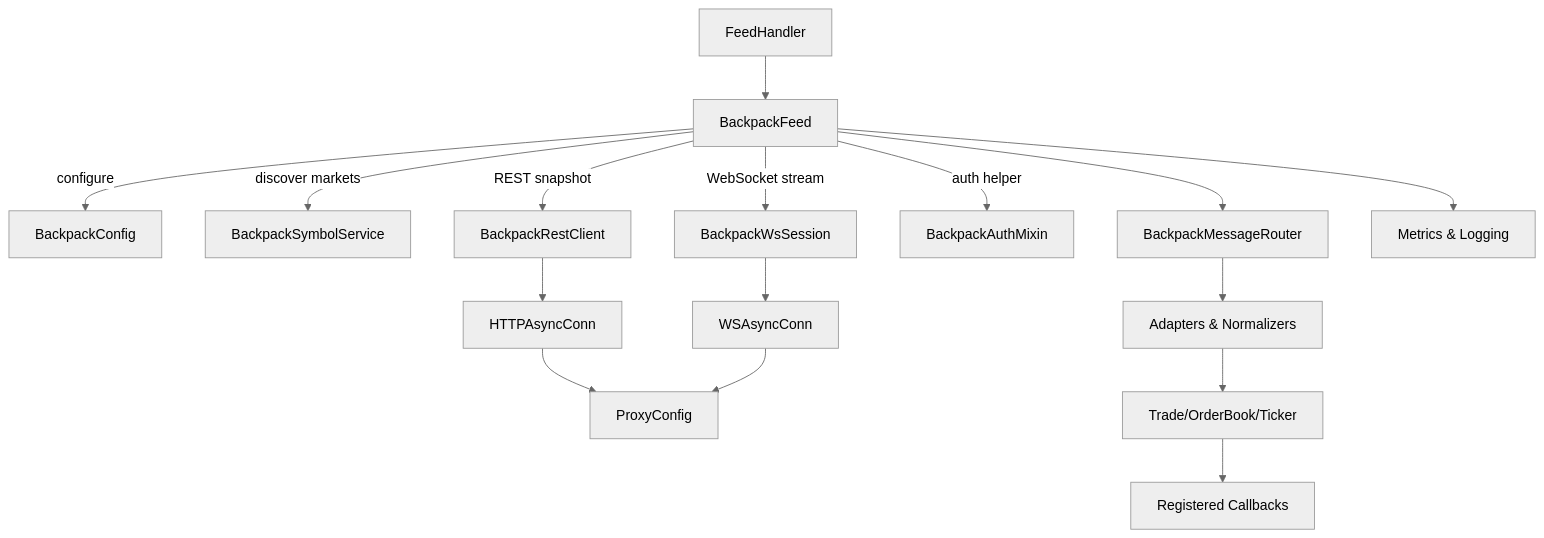
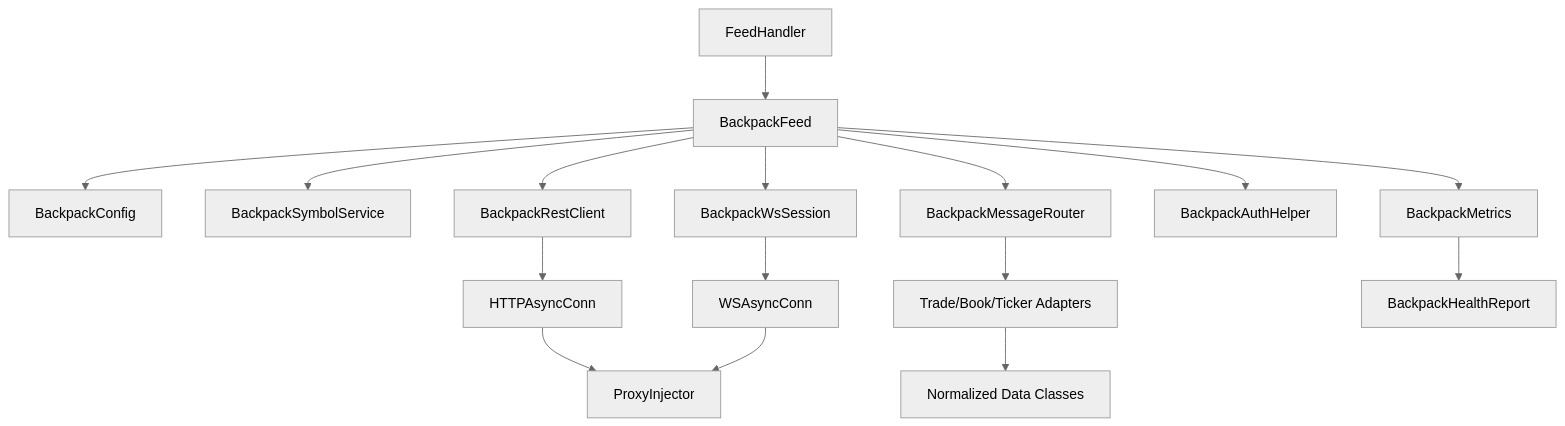
Before and after one commit to bmoscon/cryptofeed: the first of 3 diagrams in .kiro/specs/backpack-exchange-integration/design.md, drawn with Mermaid (neutral theme). The commit also changed other lines of this file and 22 other files, not shown here.

````diff
--- a/.kiro/specs/backpack-exchange-integration/design.md
+++ b/.kiro/specs/backpack-exchange-integration/design.md
@@ -30,18 +36,18 @@
 ```mermaid
 graph TD
     FH[FeedHandler] --> BF[BackpackFeed]
-    BF -->|configure| CFG[BackpackConfig]
-    BF -->|discover markets| SYM[BackpackSymbolService]
-    BF -->|REST snapshot| REST[BackpackRestClient]
-    BF -->|WebSocket stream| WS[BackpackWsSession]
-    BF -->|auth helper| AUTH[BackpackAuthMixin]
+    BF --> CFG[BackpackConfig]
+    BF --> SYM[BackpackSymbolService]
+    BF --> REST[BackpackRestClient]
+    BF --> WS[BackpackWsSession]
+    BF --> ROUTER[BackpackMessageRouter]
+    ROUTER --> ADAPT[Trade/Book/Ticker Adapters]
+    ADAPT --> TYPES[Normalized Data Classes]
     REST --> HTTP[HTTPAsyncConn]
-    WS --> WSA[WSAsyncConn]
-    HTTP --> PROXY[ProxyConfig]
-    WSA --> PROXY
-    BF --> ROUTER[BackpackMessageRouter]
-    ROUTER --> ADAPT[Adapters & Normalizers]
-    ADAPT --> TYPES[Trade/OrderBook/Ticker]
-    TYPES --> CB[Registered Callbacks]
-    BF --> OBS[Metrics & Logging]
+    WS --> WSASYNC[WSAsyncConn]
+    HTTP --> PROXY[ProxyInjector]
+    WSASYNC --> PROXY
+    BF --> AUTH[BackpackAuthHelper]
+    BF --> METRICS[BackpackMetrics]
+    METRICS --> HEALTH[BackpackHealthReport]
 ```
````
